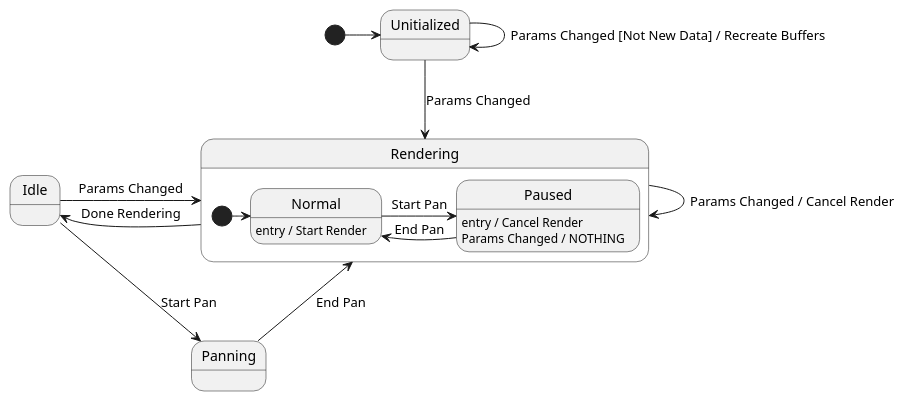
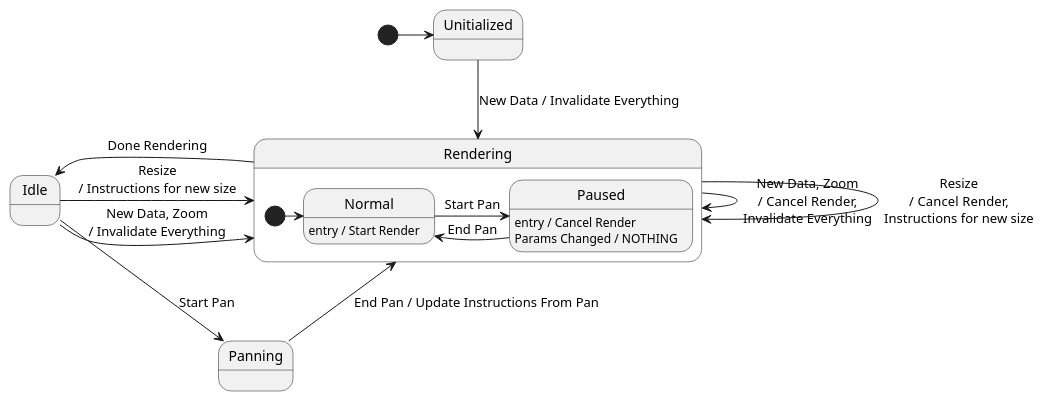
Before and after one commit to davidaramant/buddhabrot: the diagram in src/BoundaryFinder/Renderer.plantuml, drawn with PlantUML. The commit also changed 1 other file, not shown here.

Commit message:
WIP on using render instructions

```diff
--- a/src/BoundaryFinder/Renderer.plantuml
+++ b/src/BoundaryFinder/Renderer.plantuml
@@ -1,36 +1,39 @@
 @startuml Renderer
 
 ' Events:
-' - Params Changed (New Data, Resize, Zoom)
+' - New Data
+' - Resize
+' - Zoom
 ' - Start Pan
 ' - End Pan
 ' - Done Rendering
 
 state Unitialized
 state Idle
 state Panning
 state Rendering {
     state Normal : entry / Start Render
     state Paused : entry / Cancel Render
     state Paused : Params Changed / NOTHING
     [*] -> Normal
     Normal -> Paused : Start Pan
     Paused -> Normal : End Pan
 }
 
 [*] -> Unitialized
 
-Unitialized -> Unitialized : Params Changed [Not New Data] / Recreate Buffers
-Unitialized -d-> Rendering : Params Changed
+Unitialized -d-> Rendering : New Data / Invalidate Everything
 
-Rendering -> Rendering : Params Changed / Cancel Render
+Rendering -> Rendering : New Data, Zoom\n/ Cancel Render,\nInvalidate Everything
+Rendering -> Rendering : Resize\n/ Cancel Render,\nInstructions for new size
 Rendering -l-> Idle : Done Rendering
 
 Idle -d-> Panning : Start Pan
-Idle -> Rendering : Params Changed
+Idle -> Rendering : New Data, Zoom\n/ Invalidate Everything
+Idle -> Rendering : Resize\n/ Instructions for new size
 
-Panning -u-> Rendering : End Pan
+Panning -u-> Rendering : End Pan / Update Instructions From Pan
 
 
 
 @enduml
```
